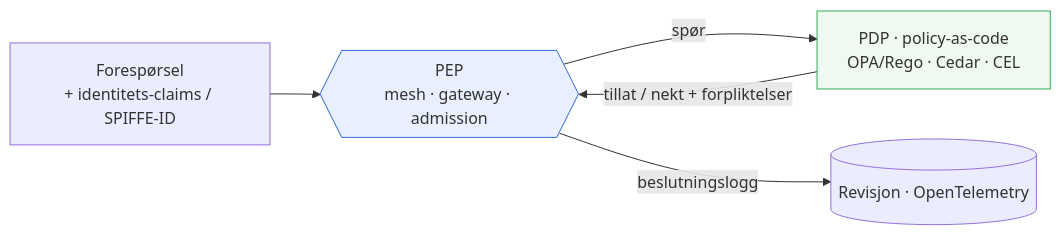
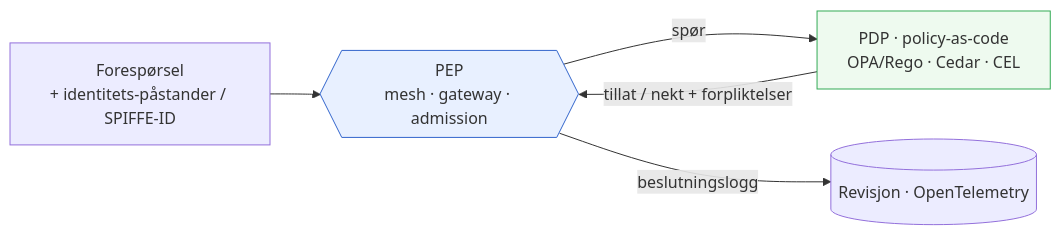
Diagram 17 of 20 in docs/governance/frontier-ai-governance-master_NO_nb.md (darklordVirtual/vericlaim), drawn with Mermaid before and after one commit. The commit also changed other lines of this file and 14 other files, not shown here.

````diff
--- a/docs/governance/frontier-ai-governance-master_NO_nb.md
+++ b/docs/governance/frontier-ai-governance-master_NO_nb.md
@@ -1097,9 +1097,9 @@
 ```mermaid
 flowchart LR
-    REQ[Forespørsel<br/>+ identitets-claims / SPIFFE-ID] --> PEP{{PEP<br/>mesh · gateway · admission}}
+    REQ[Forespørsel<br/>+ identitets-påstander / SPIFFE-ID] --> PEP{{PEP<br/>mesh · gateway · admission}}
     PEP -->|"spør"| PDP[PDP · policy-as-code<br/>OPA/Rego · Cedar · CEL]
     PDP -->|"tillat / nekt + forpliktelser"| PEP
     PEP -->|"beslutningslogg"| AUD[(Revisjon · OpenTelemetry)]
     style PDP fill:#eefaef,stroke:#33aa55
     style PEP fill:#e8f0ff,stroke:#3366cc
 ```
````
